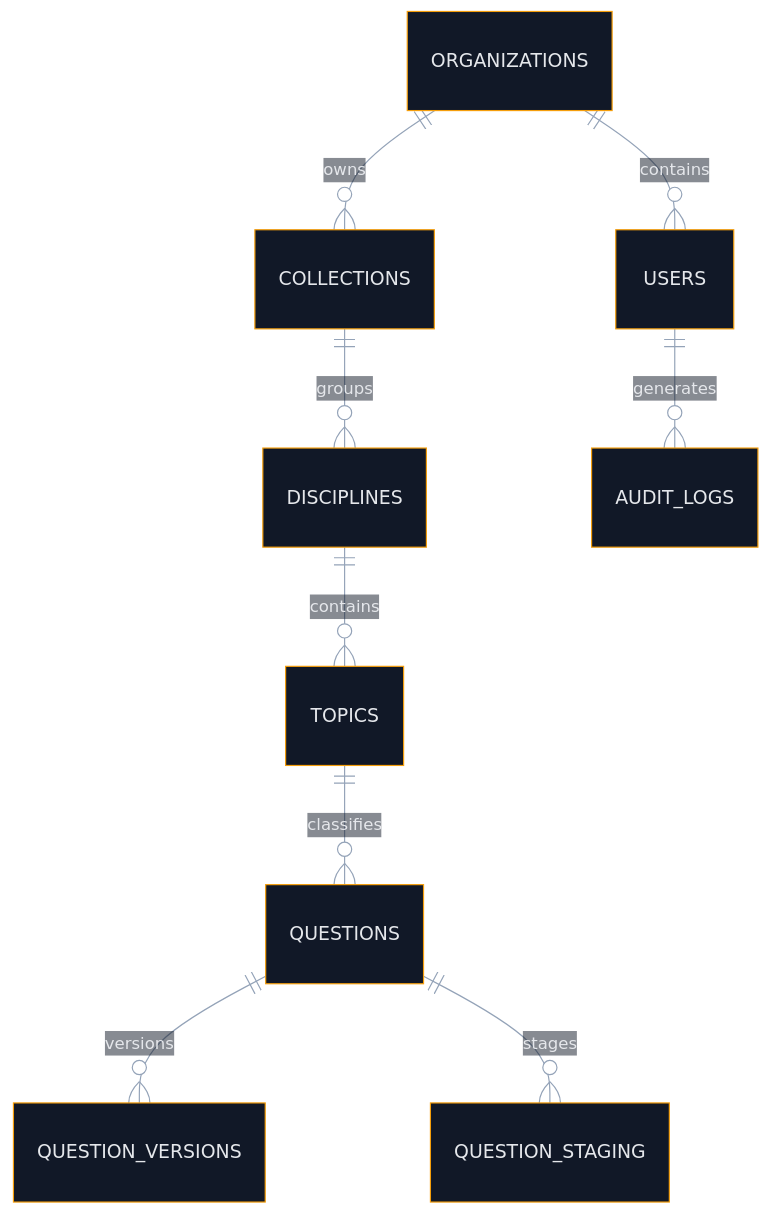
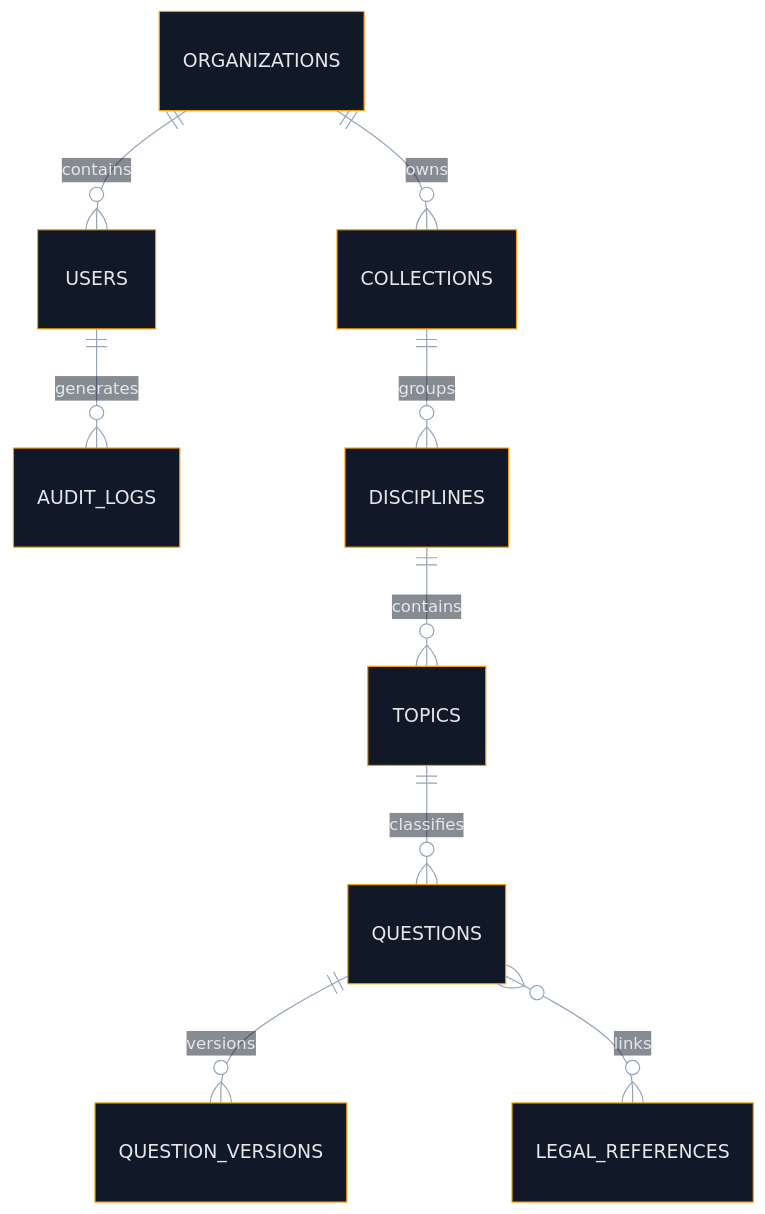
The ninth of 11 diagrams in README.md (matheusdiamantino-betalent/IA), drawn with Mermaid before and after one commit. The commit also changed other lines of this file, not shown here.

````diff
--- a/README.md
+++ b/README.md
@@ -1140,25 +1108,25 @@
 ```mermaid
 %%{init: {
   "theme": "base",
   "themeVariables": {
     "background": "#0b1220",
     "primaryColor": "#111827",
     "primaryTextColor": "#e5e7eb",
     "primaryBorderColor": "#f59e0b",
     "secondaryColor": "#0f172a",
     "secondaryTextColor": "#e5e7eb",
     "tertiaryColor": "#111827",
     "tertiaryTextColor": "#e5e7eb",
     "lineColor": "#94a3b8"
   }
 }}%%
 erDiagram
     ORGANIZATIONS ||--o{ USERS : contains
+    USERS ||--o{ AUDIT_LOGS : generates
     ORGANIZATIONS ||--o{ COLLECTIONS : owns
     COLLECTIONS ||--o{ DISCIPLINES : groups
     DISCIPLINES ||--o{ TOPICS : contains
     TOPICS ||--o{ QUESTIONS : classifies
     QUESTIONS ||--o{ QUESTION_VERSIONS : versions
-    QUESTIONS ||--o{ QUESTION_STAGING : stages
-    USERS ||--o{ AUDIT_LOGS : generates
+    QUESTIONS }o--o{ LEGAL_REFERENCES : links
 ```
````
